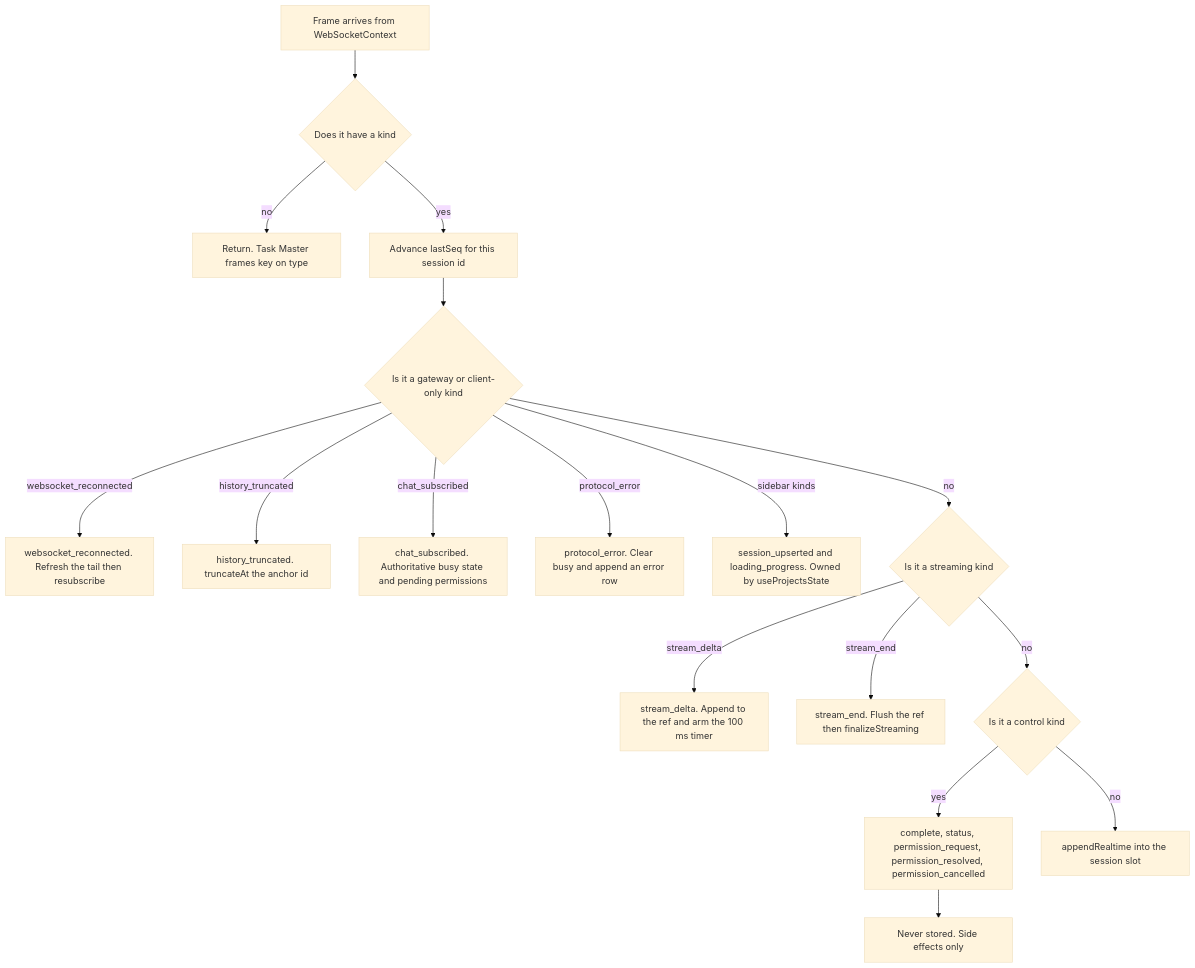
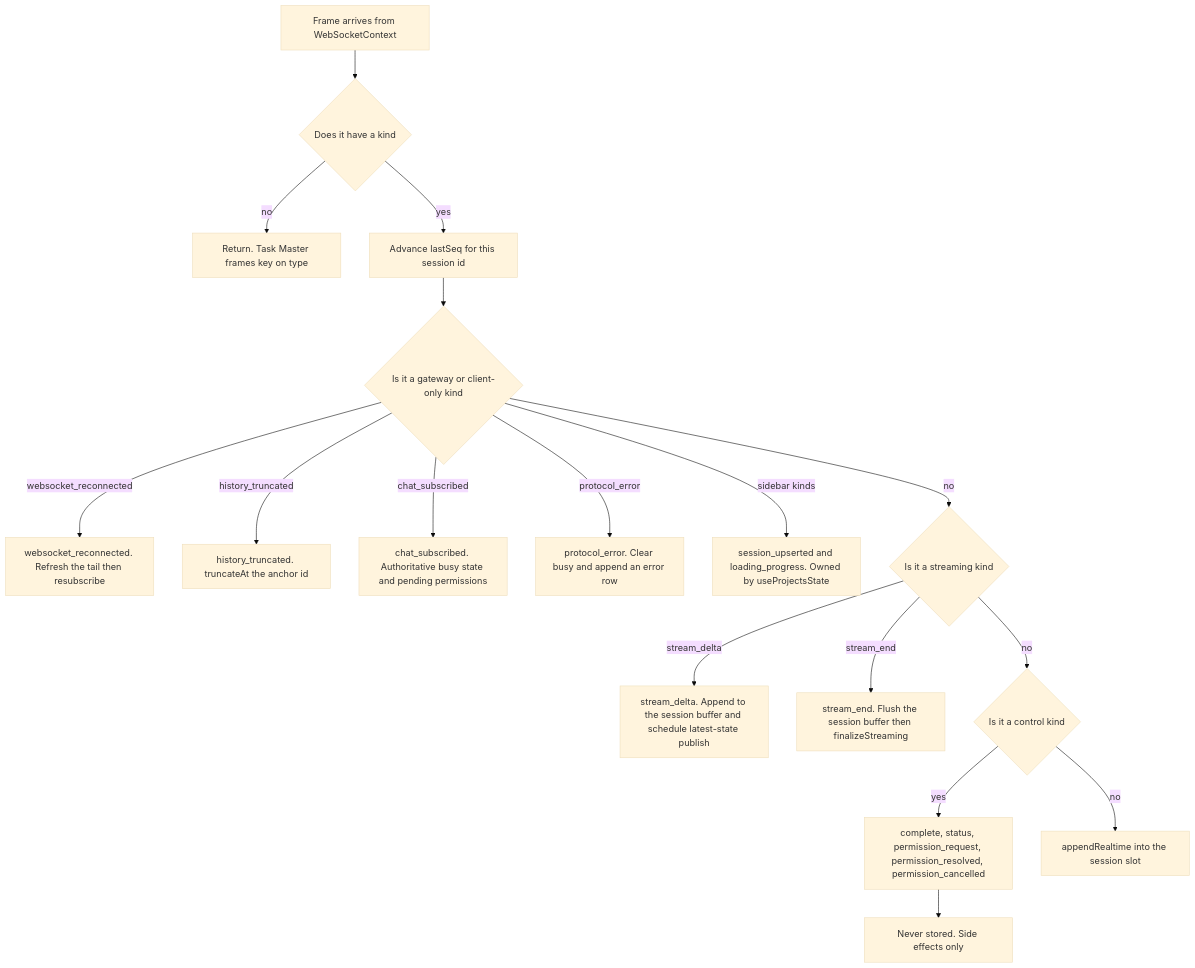
The second of 3 diagrams in docs/architecture/02-realtime-stream.md (selierlin/cloudcli), drawn with Mermaid (base theme) before and after one commit. The commit also changed other lines of this file and 15 other files, not shown here.

````diff
--- a/docs/architecture/02-realtime-stream.md
+++ b/docs/architecture/02-realtime-stream.md
@@ -184,37 +171,37 @@
 ```mermaid
 flowchart TD
     F["Frame arrives from WebSocketContext"]
     K{"Does it have a kind"}
     DROP["Return. Task Master frames key on type"]
     SEQ["Advance lastSeq for this session id"]
     G{"Is it a gateway or client-only kind"}
     RC["websocket_reconnected. Refresh the tail then resubscribe"]
     HT["history_truncated. truncateAt the anchor id"]
     CS["chat_subscribed. Authoritative busy state and pending permissions"]
     PE["protocol_error. Clear busy and append an error row"]
     IG["session_upserted and loading_progress. Owned by useProjectsState"]
     S{"Is it a streaming kind"}
-    SD["stream_delta. Append to the ref and arm the 100 ms timer"]
-    SE["stream_end. Flush the ref then finalizeStreaming"]
+    SD["stream_delta. Append to the session buffer and schedule latest-state publish"]
+    SE["stream_end. Flush the session buffer then finalizeStreaming"]
     P{"Is it a control kind"}
     CTRL["complete, status, permission_request, permission_resolved, permission_cancelled"]
     ST["Never stored. Side effects only"]
     APP["appendRealtime into the session slot"]
 
     F --> K
     K -- no --> DROP
     K -- yes --> SEQ
     SEQ --> G
     G -- websocket_reconnected --> RC
     G -- history_truncated --> HT
     G -- chat_subscribed --> CS
     G -- protocol_error --> PE
     G -- sidebar kinds --> IG
     G -- no --> S
     S -- stream_delta --> SD
     S -- stream_end --> SE
     S -- no --> P
     P -- yes --> CTRL
     P -- no --> APP
     CTRL --> ST
 ```
````
